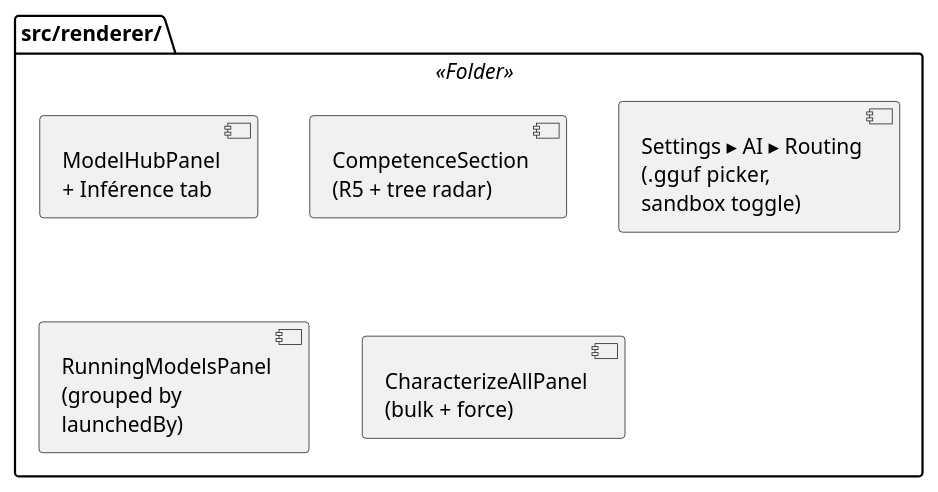
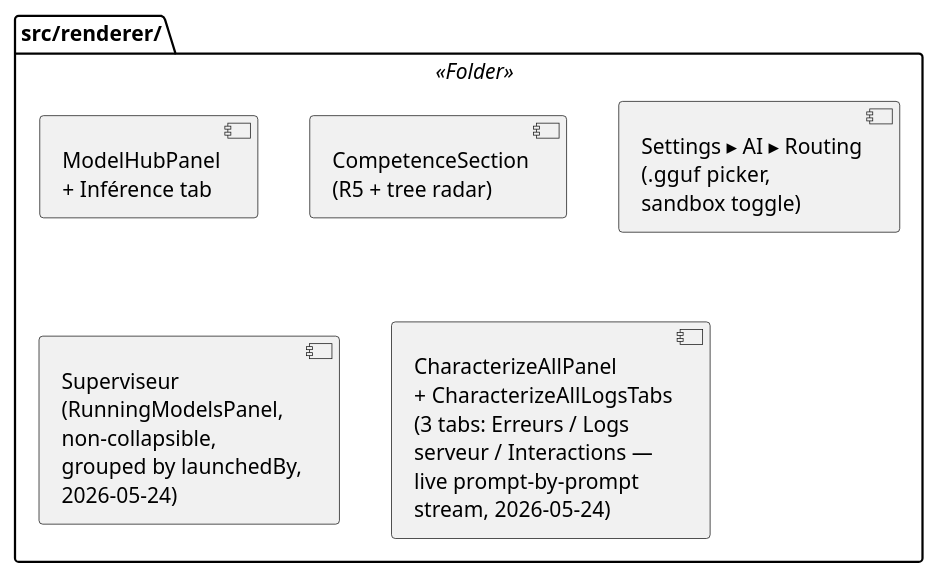
One commit to Syphys/maestria changed the diagram in docs/diagrams/_includes/components/ui-stack.iuml. Above: the diagram before and after it, drawn with PlantUML. The commit also changed 7 other files, not shown here.

First line of the commit message:
docs(diagrams): reflect 2026-05-24 wave (timeouts/logs/non-chat/live UI)

```diff
--- a/docs/diagrams/_includes/components/ui-stack.iuml
+++ b/docs/diagrams/_includes/components/ui-stack.iuml
@@ -1,9 +1,9 @@
 ' Partial — renderer UI components touching AI features.
 
 package "src/renderer/" <<Folder>> as PKG_UI {
   component "ModelHubPanel\n+ Inférence tab" as CMP_UI_PANEL
   component "CompetenceSection\n(R5 + tree radar)" as CMP_UI_RADAR
   component "Settings ▸ AI ▸ Routing\n(.gguf picker,\nsandbox toggle)" as CMP_UI_SETTINGS
-  component "RunningModelsPanel\n(grouped by\nlaunchedBy)" as CMP_UI_RUNNING
-  component "CharacterizeAllPanel\n(bulk + force)" as CMP_UI_CHARALL
+  component "Superviseur\n(RunningModelsPanel,\nnon-collapsible,\ngrouped by launchedBy,\n2026-05-24)" as CMP_UI_RUNNING
+  component "CharacterizeAllPanel\n+ CharacterizeAllLogsTabs\n(3 tabs: Erreurs / Logs\nserveur / Interactions —\nlive prompt-by-prompt\nstream, 2026-05-24)" as CMP_UI_CHARALL
 }
```
